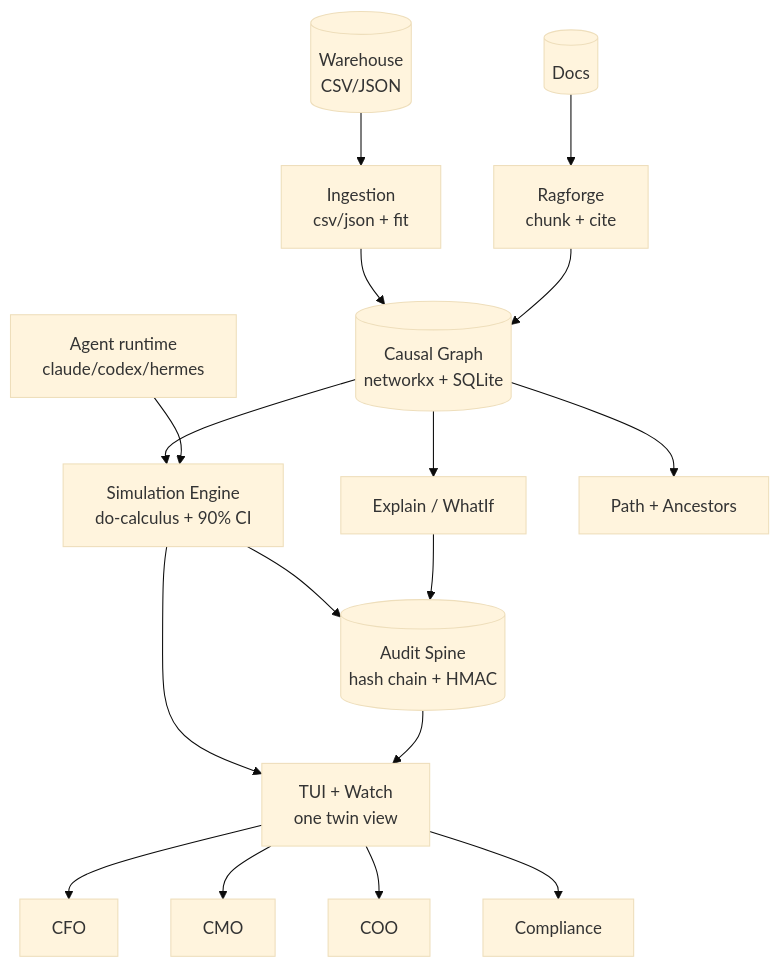
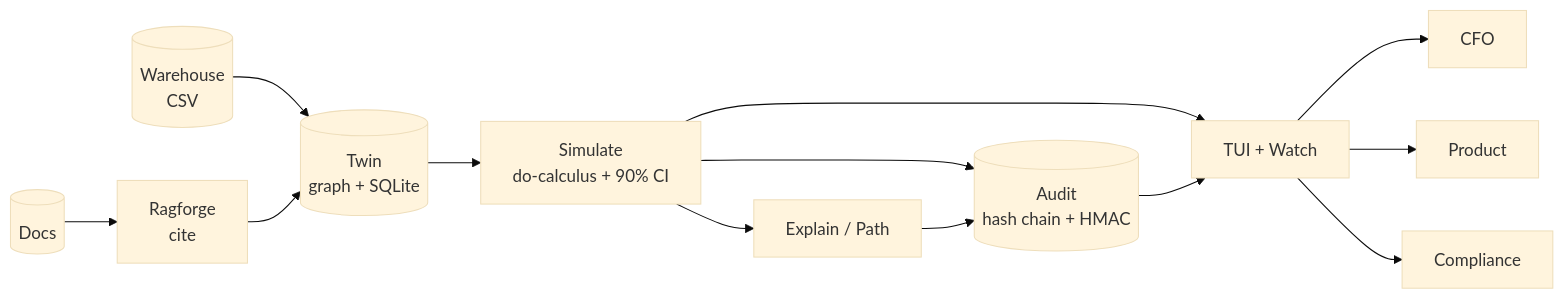
One commit to harshaaaaw/Causala changed the diagram in README.md. Above: the diagram before and after it, drawn with Mermaid (base theme). The commit also changed other lines of this file and 19 other files, not shown here.

````diff
--- a/README.md
+++ b/README.md
@@ -158,19 +148,15 @@
 ```mermaid
-graph TB
-  Warehouse[(Warehouse<br/>CSV/JSON)] --> Ingest[Ingestion<br/>csv/json + fit]
-  Docs[(Docs)] --> Ragforge[Ragforge<br/>chunk + cite]
-  Ingest --> Graph[(Causal Graph<br/>networkx + SQLite)]
-  Ragforge --> Graph
-  Graph --> Simulate[Simulation Engine<br/>do-calculus + 90% CI]
-  Graph --> Explain[Explain / WhatIf]
-  Graph --> Path[Path + Ancestors]
-  Simulate --> Audit[(Audit Spine<br/>hash chain + HMAC)]
+graph LR
+  CSV[(Warehouse<br/>CSV)] --> Twin[(Twin<br/>graph + SQLite)]
+  Docs[(Docs)] --> Ragforge[Ragforge<br/>cite]
+  Ragforge --> Twin
+  Twin --> Sim[Simulate<br/>do-calculus + 90% CI]
+  Sim --> Audit[(Audit<br/>hash chain + HMAC)]
+  Sim --> Explain[Explain / Path]
   Explain --> Audit
-  Agent[Agent runtime<br/>claude/codex/hermes] --> Simulate
-  Simulate --> TUI[TUI + Watch<br/>one twin view]
+  Sim --> TUI[TUI + Watch]
   Audit --> TUI
   TUI --> CFO[CFO]
-  TUI --> CMO[CMO]
-  TUI --> COO[COO]
-  TUI --> Compliance[Compliance]
+  TUI --> PM[Product]
+  TUI --> Comp[Compliance]
 ```
````
